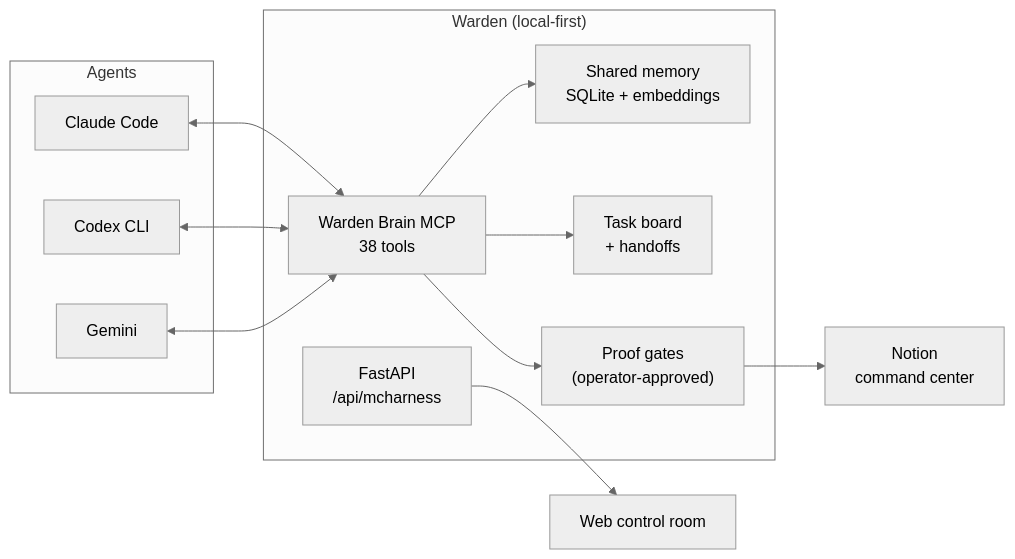
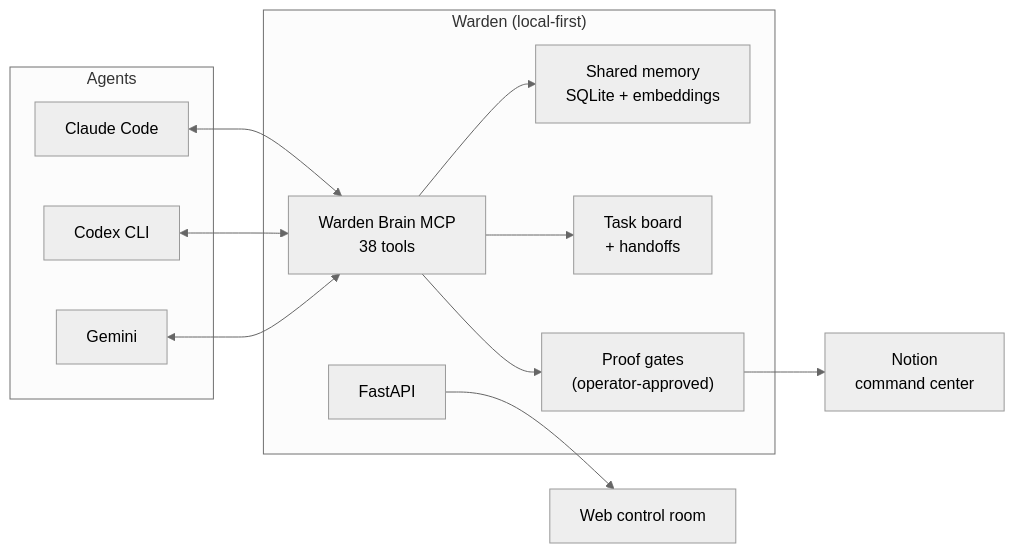
One commit to matthewjmcbridejr-code/Warden changed the diagram in README.md. Above: the diagram before and after it, drawn with Mermaid (neutral theme). The commit also changed other lines of this file and 7 other files, not shown here.

````diff
--- a/README.md
+++ b/README.md
@@ -19,22 +19,22 @@
 ```mermaid
 flowchart LR
   subgraph Agents
     CC[Claude Code]
     CX[Codex CLI]
     GM[Gemini]
   end
   subgraph Warden["Warden (local-first)"]
     MCP["Warden Brain MCP<br/>38 tools"]
     MEM["Shared memory<br/>SQLite + embeddings"]
     BOARD["Task board<br/>+ handoffs"]
     GATE["Proof gates<br/>(operator-approved)"]
-    API["FastAPI<br/>/api/mcharness"]
+    API["FastAPI"]
   end
   UI["Web control room"]
   NOTION["Notion<br/>command center"]
 
   CC & CX & GM <--> MCP
   MCP --> MEM & BOARD & GATE
   API --> UI
   GATE --> NOTION
 ```
````
